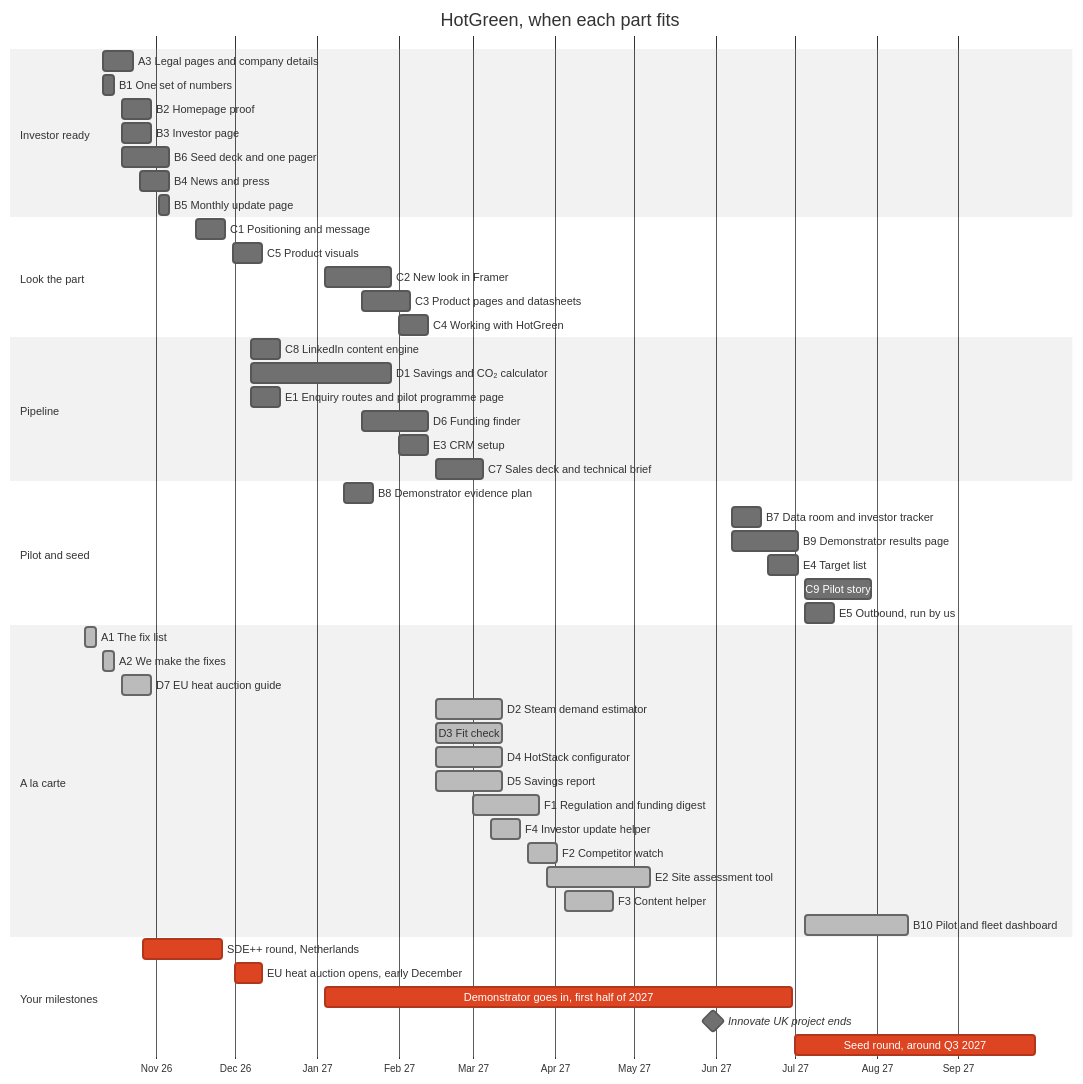
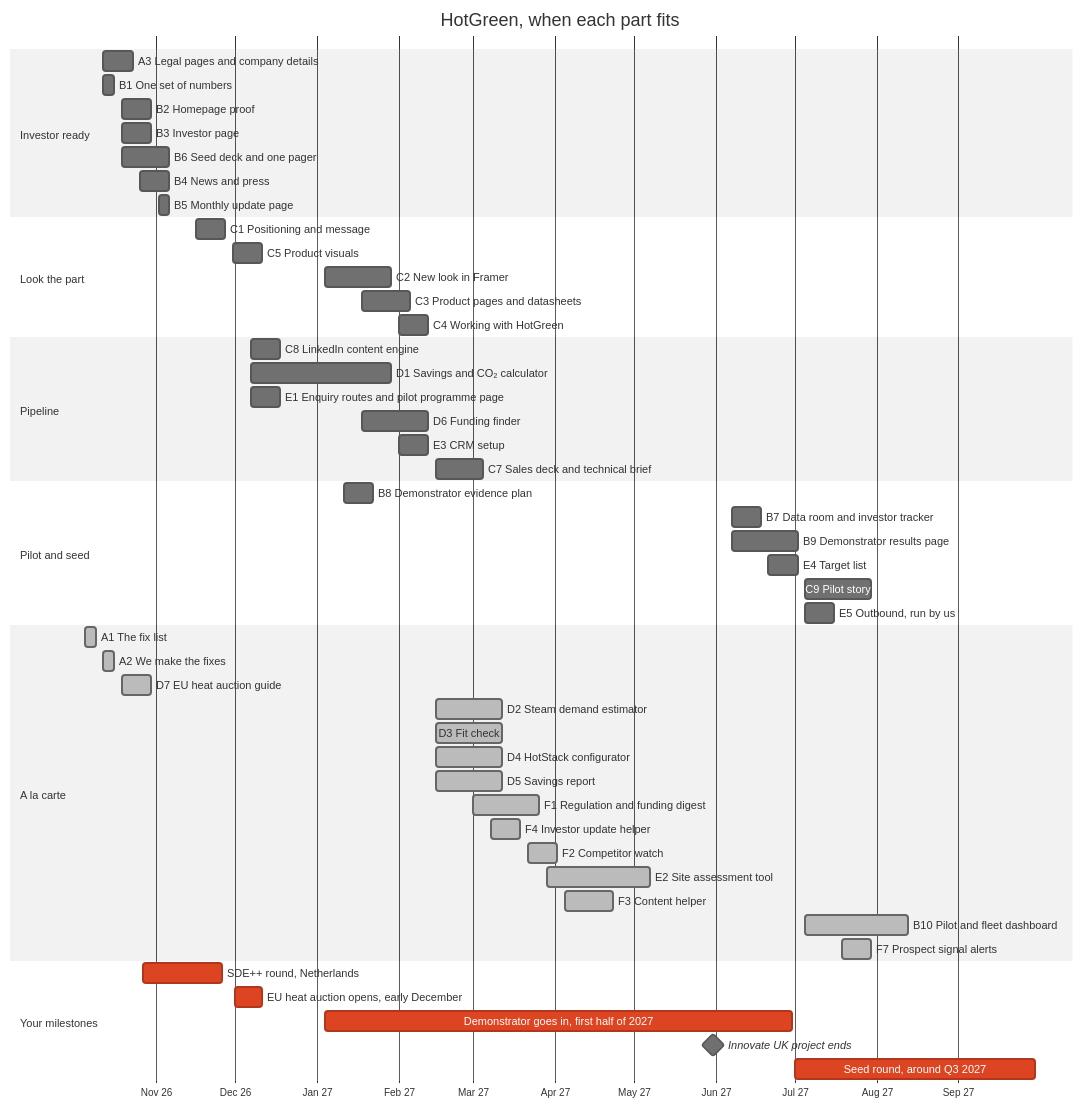
One commit to rifqiraka234-oss/astra-agency changed the diagram in state/hotgreen/proposal/superset/gantt.mmd. Above: the diagram before and after it, drawn with Mermaid (neutral theme). The commit also changed 8 other files, not shown here.

First line of the commit message:
hotgreen: brief for Josh rechecked, prospect alerts added, three wording fixes

```diff
--- a/state/hotgreen/proposal/superset/gantt.mmd
+++ b/state/hotgreen/proposal/superset/gantt.mmd
@@ -1,52 +1,53 @@
 gantt
     title HotGreen, when each part fits
     dateFormat YYYY-MM-DD
     axisFormat %b %y
     section Investor ready
     A3 Legal pages and company details :a30, 2026-10-12, 2026-10-23
     B1 One set of numbers :b10, 2026-10-12, 2026-10-16
     B2 Homepage proof :b20, 2026-10-19, 2026-10-30
     B3 Investor page :b30, 2026-10-19, 2026-10-30
     B6 Seed deck and one pager :b60, 2026-10-19, 2026-11-06
     B4 News and press :b40, 2026-10-26, 2026-11-06
     B5 Monthly update page :b50, 2026-11-02, 2026-11-06
     section Look the part
     C1 Positioning and message :c10, 2026-11-16, 2026-11-27
     C5 Product visuals :c50, 2026-11-30, 2026-12-11
     C2 New look in Framer :c20, 2027-01-04, 2027-01-29
     C3 Product pages and datasheets :c30, 2027-01-18, 2027-02-05
     C4 Working with HotGreen :c40, 2027-02-01, 2027-02-12
     section Pipeline
     C8 LinkedIn content engine :c80, 2026-12-07, 2026-12-18
     D1 Savings and CO₂ calculator :d10, 2026-12-07, 2027-01-29
     E1 Enquiry routes and pilot programme page :e10, 2026-12-07, 2026-12-18
     D6 Funding finder :d60, 2027-01-18, 2027-02-12
     E3 CRM setup :e30, 2027-02-01, 2027-02-12
     C7 Sales deck and technical brief :c70, 2027-02-15, 2027-03-05
     section Pilot and seed
     B8 Demonstrator evidence plan :b80, 2027-01-11, 2027-01-22
     B7 Data room and investor tracker :b70, 2027-06-07, 2027-06-18
     B9 Demonstrator results page :b90, 2027-06-07, 2027-07-02
     E4 Target list :e40, 2027-06-21, 2027-07-02
     C9 Pilot story :c90, 2027-07-05, 2027-07-30
     E5 Outbound, run by us :e50, 2027-07-05, 2027-07-16
     section A la carte
     A1 The fix list :done, a1, 2026-10-05, 2026-10-09
     A2 We make the fixes :done, a2, 2026-10-12, 2026-10-16
     D7 EU heat auction guide :done, d7, 2026-10-19, 2026-10-30
     D2 Steam demand estimator :done, d2, 2027-02-15, 2027-03-12
     D3 Fit check :done, d3, 2027-02-15, 2027-03-12
     D4 HotStack configurator :done, d4, 2027-02-15, 2027-03-12
     D5 Savings report :done, d5, 2027-02-15, 2027-03-12
     F1 Regulation and funding digest :done, f1, 2027-03-01, 2027-03-26
     F4 Investor update helper :done, f4, 2027-03-08, 2027-03-19
     F2 Competitor watch :done, f2, 2027-03-22, 2027-04-02
     E2 Site assessment tool :done, e2, 2027-03-29, 2027-05-07
     F3 Content helper :done, f3, 2027-04-05, 2027-04-23
     B10 Pilot and fleet dashboard :done, b10, 2027-07-05, 2027-08-13
+    F7 Prospect signal alerts :done, f7, 2027-07-19, 2027-07-30
     section Your milestones
     SDE++ round, Netherlands :crit, ms0, 2026-10-27, 2026-11-26
     EU heat auction opens, early December :crit, ms1, 2026-12-01, 2026-12-11
     Demonstrator goes in, first half of 2027 :crit, ms2, 2027-01-04, 2027-06-30
     Innovate UK project ends :milestone, ms3, 2027-05-31, 0d
     Seed round, around Q3 2027 :crit, ms4, 2027-07-01, 2027-09-30
```
